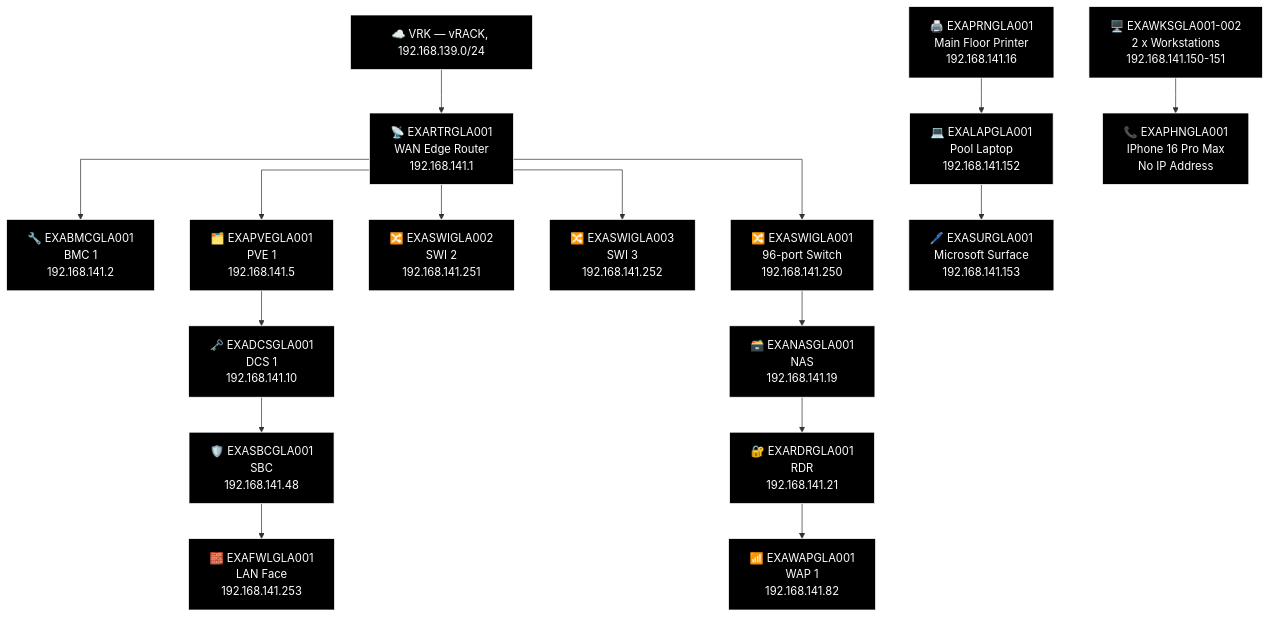
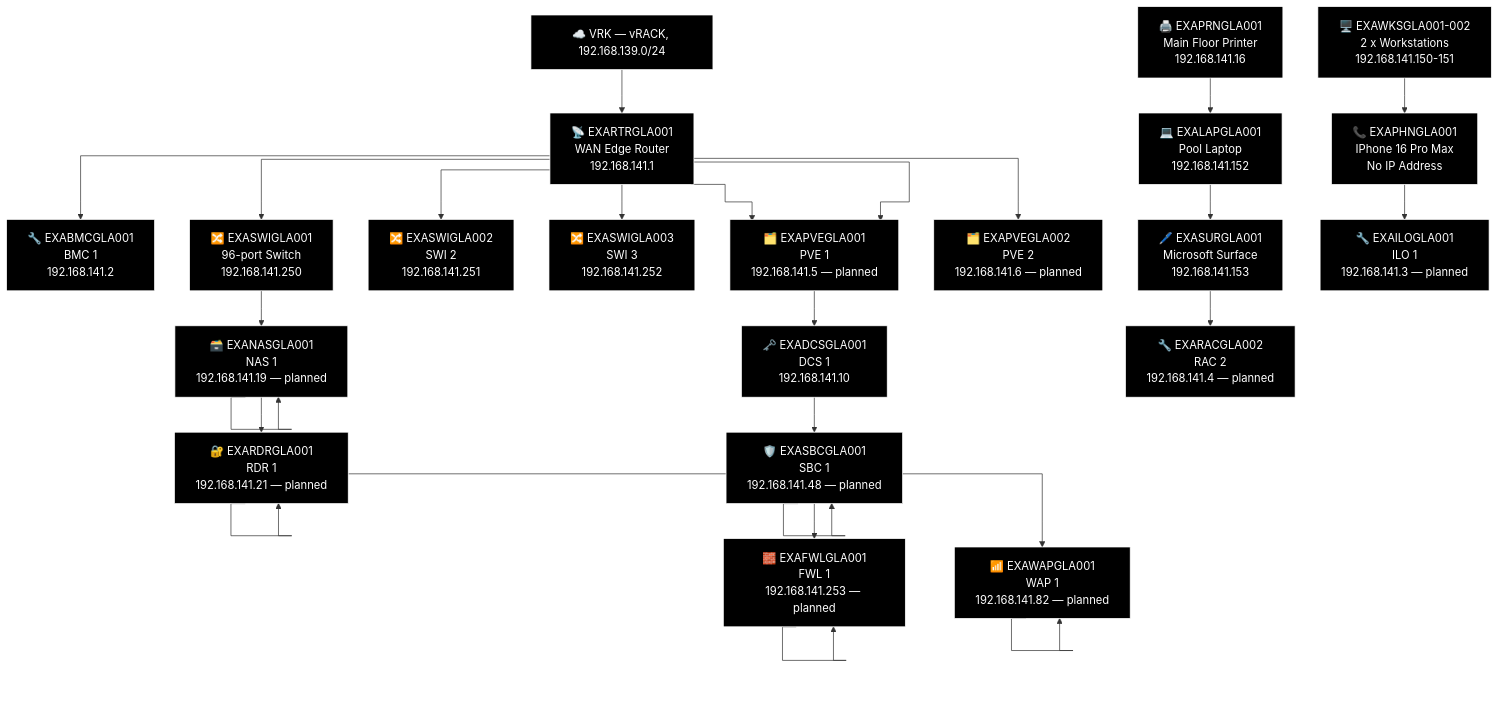
The ninth of 21 diagrams in docs/network-diagram/scotland.md (knightmare2600/example_music_infra), drawn with Mermaid before and after one commit. The commit also changed other lines of this file and 12 other files, not shown here.

````diff
--- a/docs/network-diagram/scotland.md
+++ b/docs/network-diagram/scotland.md
@@ -573,52 +597,72 @@
 ```mermaid
 %% GENERATED:TOPOLOGY:GLA:START
 %%{init: {'flowchart': {'curve': 'stepAfter'}}}%%
 graph TD
     T_VRK["☁️ VRK — vRACK, 192.168.139.0/24"]
     T_RTR["📡 EXARTRGLA001<br/>WAN Edge Router<br/>192.168.141.1"]
     T_VRK --> T_RTR
     T_BMC["🔧 EXABMCGLA001<br/>BMC 1<br/>192.168.141.2"]
     T_RTR --> T_BMC
     T_PVE["🗂️ EXAPVEGLA001<br/>PVE 1<br/>192.168.141.5"]
     T_RTR --> T_PVE
     T_SWI["🔀 EXASWIGLA002<br/>SWI 2<br/>192.168.141.251"]
     T_RTR --> T_SWI
     T_SWI2["🔀 EXASWIGLA003<br/>SWI 3<br/>192.168.141.252"]
     T_RTR --> T_SWI2
     T_SWI3["🔀 EXASWIGLA001<br/>96-port Switch<br/>192.168.141.250"]
     T_RTR --> T_SWI3
+    T_PVE["🗂️ EXAPVEGLA001<br/>PVE 1<br/>192.168.141.5 — planned"]
+    T_RTR --> T_PVE
+    T_PVE2["🗂️ EXAPVEGLA002<br/>PVE 2<br/>192.168.141.6 — planned"]
+    T_RTR --> T_PVE2
     T_NAS["🗃️ EXANASGLA001<br/>NAS<br/>192.168.141.19"]
+    T_NAS["🗃️ EXANASGLA001<br/>NAS 1<br/>192.168.141.19 — planned"]
     T_RDR["🔐 EXARDRGLA001<br/>RDR<br/>192.168.141.21"]
+    T_RDR["🔐 EXARDRGLA001<br/>RDR 1<br/>192.168.141.21 — planned"]
     T_WAP["📶 EXAWAPGLA001<br/>WAP 1<br/>192.168.141.82"]
-    T_SWI3 --> T_NAS --> T_RDR --> T_WAP
+    T_WAP["📶 EXAWAPGLA001<br/>WAP 1<br/>192.168.141.82 — planned"]
+    T_SWI3 --> T_NAS --> T_NAS --> T_RDR --> T_RDR --> T_WAP --> T_WAP
     T_DCS["🗝️ EXADCSGLA001<br/>DCS 1<br/>192.168.141.10"]
     T_SBC["🛡️ EXASBCGLA001<br/>SBC<br/>192.168.141.48"]
+    T_SBC["🛡️ EXASBCGLA001<br/>SBC 1<br/>192.168.141.48 — planned"]
     T_FWL["🧱 EXAFWLGLA001<br/>LAN Face<br/>192.168.141.253"]
-    T_PVE --> T_DCS --> T_SBC --> T_FWL
+    T_FWL["🧱 EXAFWLGLA001<br/>FWL 1<br/>192.168.141.253 — planned"]
+    T_PVE --> T_DCS --> T_SBC --> T_SBC --> T_FWL --> T_FWL
     T_PRN["🖨️ EXAPRNGLA001<br/>Main Floor Printer<br/>192.168.141.16"]
     T_OTH_WKS["🖥️ EXAWKSGLA001-002<br/>2 x Workstations<br/>192.168.141.150-151"]
     T_LAP["💻 EXALAPGLA001<br/>Pool Laptop<br/>192.168.141.152"]
     T_PHN["📞 EXAPHNGLA001<br/>IPhone 16 Pro Max<br/>No IP Address"]
     T_SUR["🖊️ EXASURGLA001<br/>Microsoft Surface<br/>192.168.141.153"]
-    T_PRN --> T_LAP --> T_SUR
-    T_OTH_WKS --> T_PHN
+    T_ILO["🔧 EXAILOGLA001<br/>ILO 1<br/>192.168.141.3 — planned"]
+    T_RAC["🔧 EXARACGLA002<br/>RAC 2<br/>192.168.141.4 — planned"]
+    T_PRN --> T_LAP --> T_SUR --> T_RAC
+    T_OTH_WKS --> T_PHN --> T_ILO
     style T_VRK fill:#000000,stroke:#FFFFFF,color:#FFFFFF
     style T_RTR fill:#000000,stroke:#FFFFFF,color:#FFFFFF
     style T_BMC fill:#000000,stroke:#FFFFFF,color:#FFFFFF
     style T_PVE fill:#000000,stroke:#FFFFFF,color:#FFFFFF
     style T_SWI fill:#000000,stroke:#FFFFFF,color:#FFFFFF
     style T_SWI2 fill:#000000,stroke:#FFFFFF,color:#FFFFFF
     style T_SWI3 fill:#000000,stroke:#FFFFFF,color:#FFFFFF
+    style T_PVE fill:#000000,stroke:#FFFFFF,color:#FFFFFF
+    style T_PVE2 fill:#000000,stroke:#FFFFFF,color:#FFFFFF
+    style T_NAS fill:#000000,stroke:#FFFFFF,color:#FFFFFF
     style T_NAS fill:#000000,stroke:#FFFFFF,color:#FFFFFF
     style T_RDR fill:#000000,stroke:#FFFFFF,color:#FFFFFF
+    style T_RDR fill:#000000,stroke:#FFFFFF,color:#FFFFFF
+    style T_WAP fill:#000000,stroke:#FFFFFF,color:#FFFFFF
     style T_WAP fill:#000000,stroke:#FFFFFF,color:#FFFFFF
     style T_DCS fill:#000000,stroke:#FFFFFF,color:#FFFFFF
     style T_SBC fill:#000000,stroke:#FFFFFF,color:#FFFFFF
+    style T_SBC fill:#000000,stroke:#FFFFFF,color:#FFFFFF
+    style T_FWL fill:#000000,stroke:#FFFFFF,color:#FFFFFF
     style T_FWL fill:#000000,stroke:#FFFFFF,color:#FFFFFF
     style T_PRN fill:#000000,stroke:#FFFFFF,color:#FFFFFF
     style T_OTH_WKS fill:#000000,stroke:#FFFFFF,color:#FFFFFF
     style T_LAP fill:#000000,stroke:#FFFFFF,color:#FFFFFF
     style T_PHN fill:#000000,stroke:#FFFFFF,color:#FFFFFF
     style T_SUR fill:#000000,stroke:#FFFFFF,color:#FFFFFF
+    style T_ILO fill:#000000,stroke:#FFFFFF,color:#FFFFFF
+    style T_RAC fill:#000000,stroke:#FFFFFF,color:#FFFFFF
 %% GENERATED:TOPOLOGY:GLA:END
 ```
````
